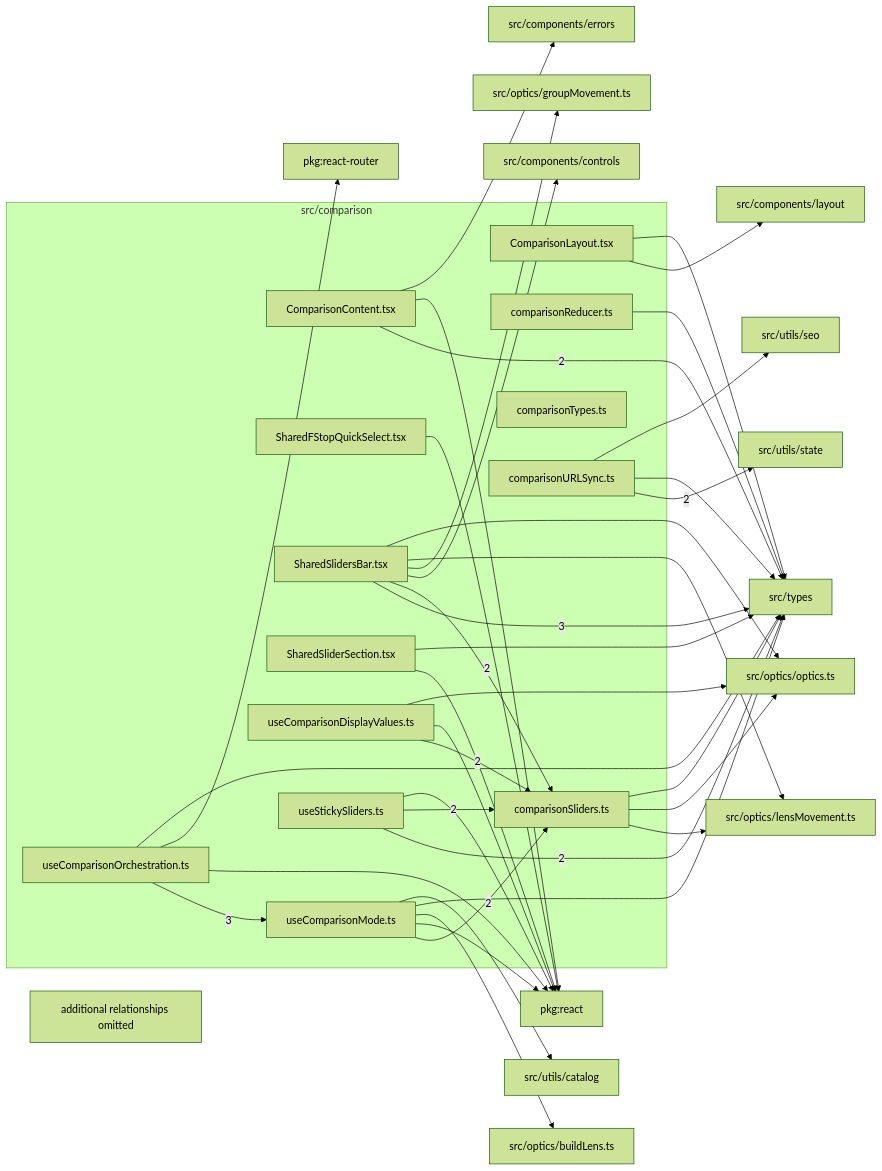
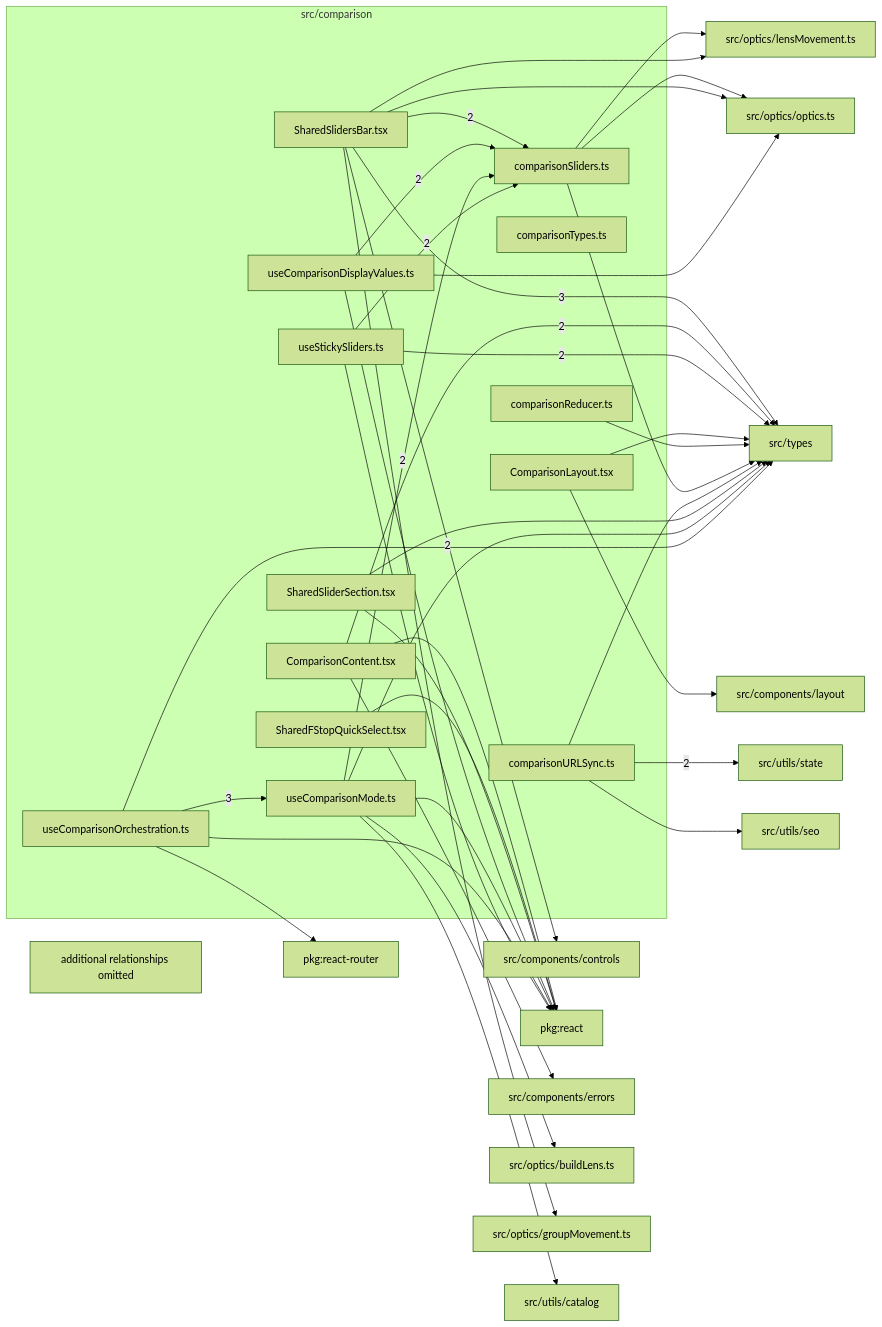
The diagram in src/comparison/readme.md (ronbuening/LensVisualizer), drawn with Mermaid (forest theme) before and after one commit. The commit also changed other lines of this file and 31 other files, not shown here.

````diff
--- a/src/comparison/readme.md
+++ b/src/comparison/readme.md
@@ -9,68 +9,68 @@
 ```mermaid
 flowchart LR
   subgraph n_src_comparison["src/comparison"]
     n_src_comparison_src_comparison_ComparisonContent_tsx["ComparisonContent.tsx"]
     n_src_comparison_src_comparison_ComparisonLayout_tsx["ComparisonLayout.tsx"]
     n_src_comparison_src_comparison_comparisonReducer_ts["comparisonReducer.ts"]
     n_src_comparison_src_comparison_comparisonSliders_ts["comparisonSliders.ts"]
     n_src_comparison_src_comparison_comparisonTypes_ts["comparisonTypes.ts"]
     n_src_comparison_src_comparison_comparisonURLSync_ts["comparisonURLSync.ts"]
     n_src_comparison_src_comparison_SharedFStopQuickSelect_tsx["SharedFStopQuickSelect.tsx"]
     n_src_comparison_src_comparison_SharedSlidersBar_tsx["SharedSlidersBar.tsx"]
     n_src_comparison_src_comparison_SharedSliderSection_tsx["SharedSliderSection.tsx"]
     n_src_comparison_src_comparison_useComparisonDisplayValues_ts["useComparisonDisplayValues.ts"]
     n_src_comparison_src_comparison_useComparisonMode_ts["useComparisonMode.ts"]
     n_src_comparison_src_comparison_useComparisonOrchestration_ts["useComparisonOrchestration.ts"]
     n_src_comparison_src_comparison_useStickySliders_ts["useStickySliders.ts"]
   end
   n_external_src_types["src/types"]
+  n_external_src_components_controls["src/components/controls"]
   n_external_src_utils_state["src/utils/state"]
   n_external_pkg_react["pkg:react"]
   n_external_pkg_react_router["pkg:react-router"]
-  n_external_src_components_controls["src/components/controls"]
   n_external_src_components_errors["src/components/errors"]
   n_external_src_components_layout["src/components/layout"]
   n_external_src_optics_buildLens_ts["src/optics/buildLens.ts"]
   n_external_src_optics_groupMovement_ts["src/optics/groupMovement.ts"]
   n_external_src_optics_lensMovement_ts["src/optics/lensMovement.ts"]
   n_external_src_optics_optics_ts["src/optics/optics.ts"]
   n_external_src_utils_catalog["src/utils/catalog"]
   n_external_src_utils_seo["src/utils/seo"]
   n_src_comparison_src_comparison_SharedSlidersBar_tsx --> |3| n_external_src_types
   n_src_comparison_src_comparison_useComparisonOrchestration_ts --> |3| n_src_comparison_src_comparison_useComparisonMode_ts
+  n_src_comparison_src_comparison_SharedSlidersBar_tsx --> |2| n_external_src_components_controls
   n_src_comparison_src_comparison_ComparisonContent_tsx --> |2| n_external_src_types
   n_src_comparison_src_comparison_useStickySliders_ts --> |2| n_external_src_types
   n_src_comparison_src_comparison_comparisonURLSync_ts --> |2| n_external_src_utils_state
   n_src_comparison_src_comparison_SharedSlidersBar_tsx --> |2| n_src_comparison_src_comparison_comparisonSliders_ts
   n_src_comparison_src_comparison_useComparisonDisplayValues_ts --> |2| n_src_comparison_src_comparison_comparisonSliders_ts
   n_src_comparison_src_comparison_useComparisonMode_ts --> |2| n_src_comparison_src_comparison_comparisonSliders_ts
   n_src_comparison_src_comparison_useStickySliders_ts --> |2| n_src_comparison_src_comparison_comparisonSliders_ts
   n_src_comparison_src_comparison_ComparisonContent_tsx --> n_external_pkg_react
   n_src_comparison_src_comparison_SharedFStopQuickSelect_tsx --> n_external_pkg_react
   n_src_comparison_src_comparison_SharedSliderSection_tsx --> n_external_pkg_react
   n_src_comparison_src_comparison_useComparisonDisplayValues_ts --> n_external_pkg_react
   n_src_comparison_src_comparison_useComparisonMode_ts --> n_external_pkg_react
   n_src_comparison_src_comparison_useComparisonOrchestration_ts --> n_external_pkg_react
   n_src_comparison_src_comparison_useStickySliders_ts --> n_external_pkg_react
   n_src_comparison_src_comparison_useComparisonOrchestration_ts --> n_external_pkg_react_router
-  n_src_comparison_src_comparison_SharedSlidersBar_tsx --> n_external_src_components_controls
   n_src_comparison_src_comparison_ComparisonContent_tsx --> n_external_src_components_errors
   n_src_comparison_src_comparison_ComparisonLayout_tsx --> n_external_src_components_layout
   n_src_comparison_src_comparison_useComparisonMode_ts --> n_external_src_optics_buildLens_ts
   n_src_comparison_src_comparison_SharedSlidersBar_tsx --> n_external_src_optics_groupMovement_ts
   n_src_comparison_src_comparison_comparisonSliders_ts --> n_external_src_optics_lensMovement_ts
   n_src_comparison_src_comparison_SharedSlidersBar_tsx --> n_external_src_optics_lensMovement_ts
   n_src_comparison_src_comparison_comparisonSliders_ts --> n_external_src_optics_optics_ts
   n_src_comparison_src_comparison_SharedSlidersBar_tsx --> n_external_src_optics_optics_ts
   n_src_comparison_src_comparison_useComparisonDisplayValues_ts --> n_external_src_optics_optics_ts
   n_src_comparison_src_comparison_ComparisonLayout_tsx --> n_external_src_types
   n_src_comparison_src_comparison_comparisonReducer_ts --> n_external_src_types
   n_src_comparison_src_comparison_comparisonSliders_ts --> n_external_src_types
   n_src_comparison_src_comparison_comparisonURLSync_ts --> n_external_src_types
   n_src_comparison_src_comparison_SharedSliderSection_tsx --> n_external_src_types
   n_src_comparison_src_comparison_useComparisonMode_ts --> n_external_src_types
   n_src_comparison_src_comparison_useComparisonOrchestration_ts --> n_external_src_types
   n_src_comparison_src_comparison_useComparisonMode_ts --> n_external_src_utils_catalog
   n_src_comparison_src_comparison_comparisonURLSync_ts --> n_external_src_utils_seo
   n_src_comparison_truncated["additional relationships omitted"]
 ```
````
